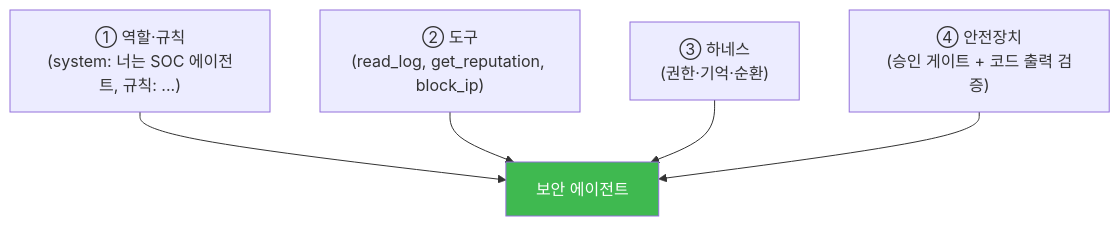
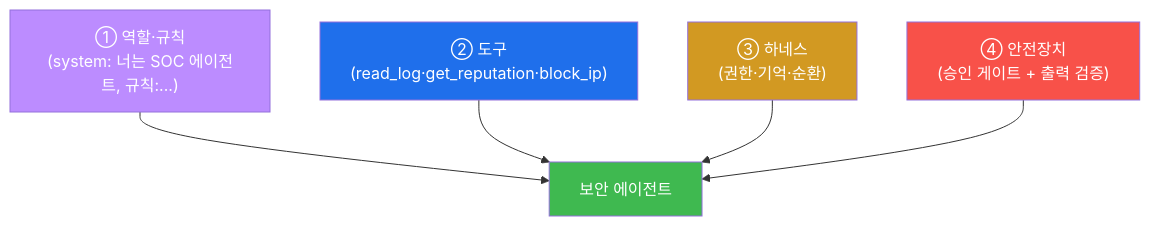
One commit to mrgrit/tw2 changed the first of 9 diagrams in contents/training/aisec/lecture_week08.md. Above: the diagram before and after it, drawn with Mermaid. The commit also changed other lines of this file and 304 other files, not shown here.

````diff
--- a/contents/training/aisec/lecture_week08.md
+++ b/contents/training/aisec/lecture_week08.md
@@ -47,8 +75,12 @@
 ```mermaid
 graph TD
-    R["① 역할·규칙<br/>(system: 너는 SOC 에이전트, 규칙: ...)"] --> AG["보안 에이전트"]
-    T["② 도구<br/>(read_log, get_reputation, block_ip)"] --> AG
+    R["① 역할·규칙<br/>(system: 너는 SOC 에이전트, 규칙:...)"] --> AG["보안 에이전트"]
+    T["② 도구<br/>(read_log·get_reputation·block_ip)"] --> AG
     H["③ 하네스<br/>(권한·기억·순환)"] --> AG
-    S["④ 안전장치<br/>(승인 게이트 + 코드 출력 검증)"] --> AG
+    S["④ 안전장치<br/>(승인 게이트 + 출력 검증)"] --> AG
+    style R fill:#bc8cff,color:#fff
+    style T fill:#1f6feb,color:#fff
+    style H fill:#d29922,color:#fff
+    style S fill:#f85149,color:#fff
     style AG fill:#3fb950,color:#fff
 ```
````
